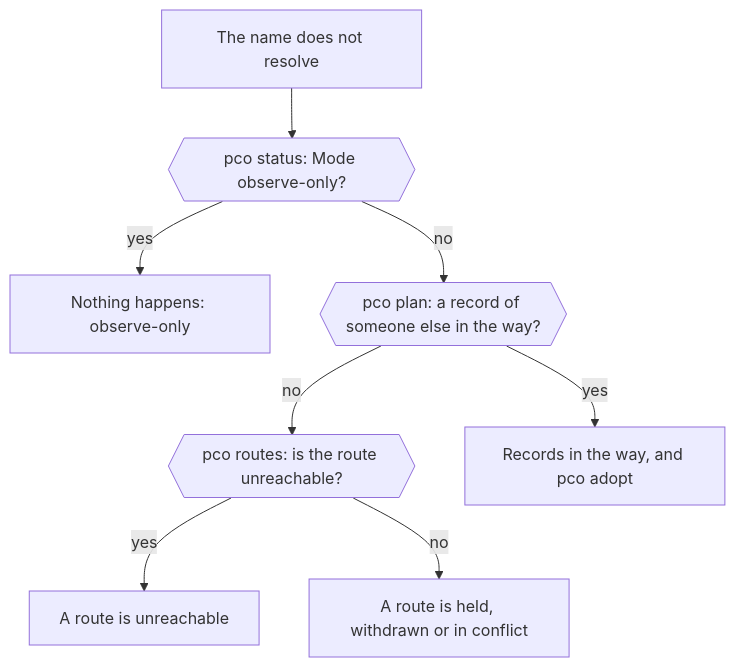
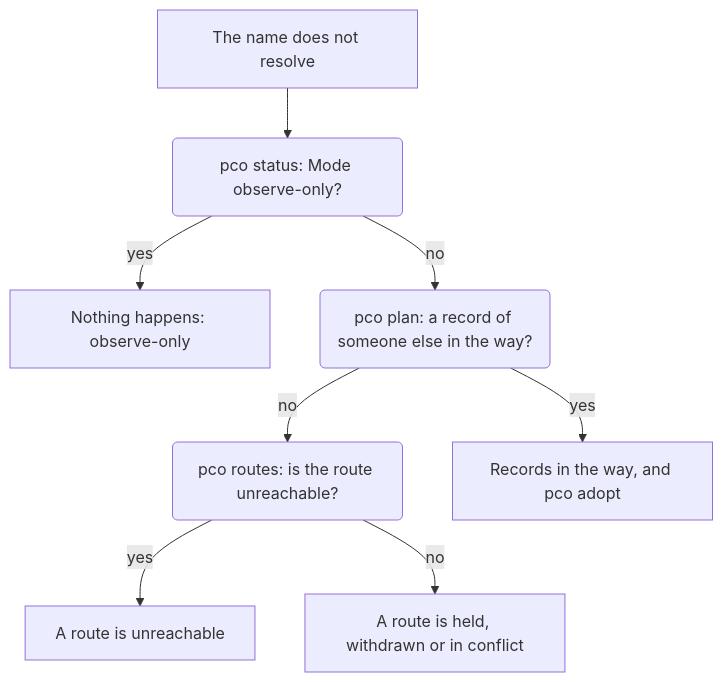
Before and after one commit to anaryk/proxmox-cloudflared-operator: the first of 2 diagrams in docs/troubleshooting.md, drawn with Mermaid. The commit also changed other lines of this file and 5 other files, not shown here.

First line of the commit message:
docs: fix what the review found in the architecture and concept pages

````diff
--- a/docs/troubleshooting.md
+++ b/docs/troubleshooting.md
@@ -29,10 +29,10 @@
 ```mermaid
 flowchart TB
-    start["The name does not resolve"] --> mode{{"pco status: Mode observe-only?"}}
+    start["The name does not resolve"] --> mode("pco status: Mode observe-only?")
     mode -->|"yes"| observe["Nothing happens: observe-only"]
-    mode -->|"no"| plan{{"pco plan: a record of someone else in the way?"}}
-    plan -->|"no"| routes{{"pco routes: is the route unreachable?"}}
+    mode -->|"no"| plan("pco plan: a record of someone else in the way?")
+    plan -->|"no"| routes("pco routes: is the route unreachable?")
     plan -->|"yes"| adopt["Records in the way, and pco adopt"]
     routes -->|"yes"| unreachable["A route is unreachable"]
     routes -->|"no"| held["A route is held, withdrawn or in conflict"]
 ```
````
